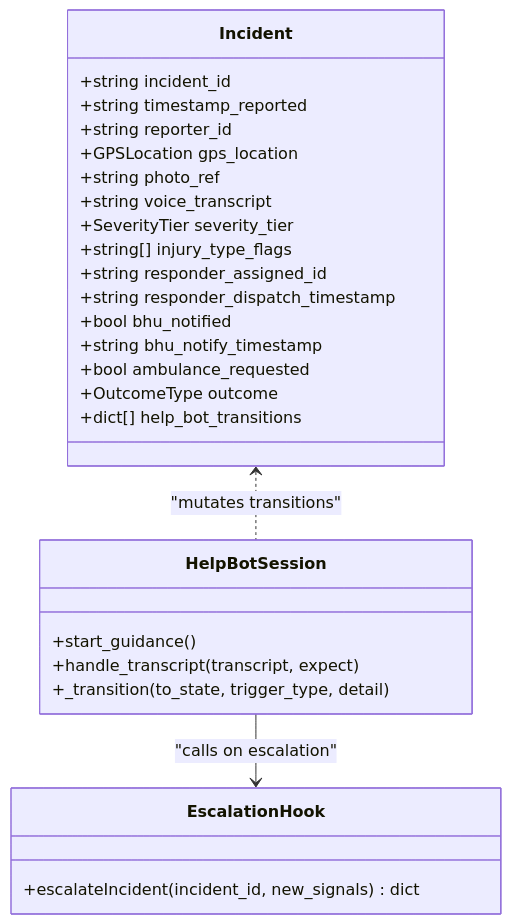
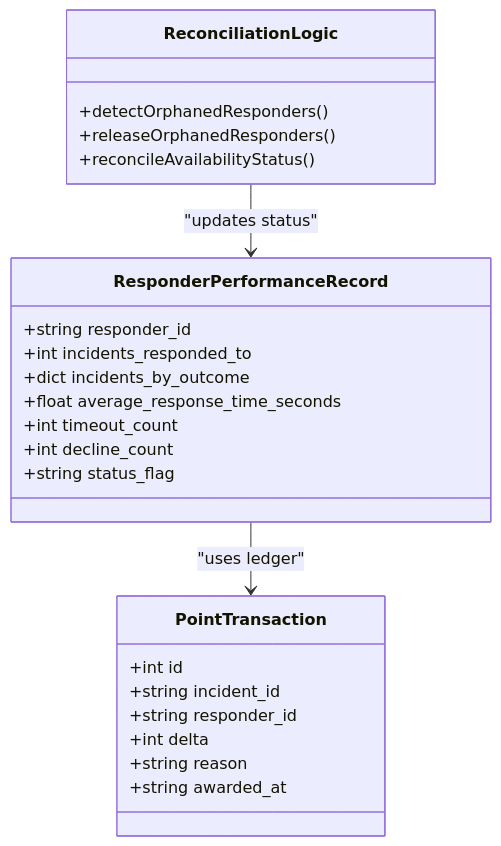
One commit to M-Rumman/LifeLine-Ride changed the sixth of 7 diagrams in .qoder/repowiki/en/content/Incident & Outcome Tracking.md. Above: the diagram before and after it, drawn with Mermaid. The commit also changed other lines of this file and 4121 other files, not shown here.

````diff
--- a/.qoder/repowiki/en/content/Incident & Outcome Tracking.md
+++ b/.qoder/repowiki/en/content/Incident & Outcome Tracking.md
@@ -144,30 +276,27 @@
 ```mermaid
 classDiagram
-class Incident {
+class ResponderPerformanceRecord {
++string responder_id
++int incidents_responded_to
++dict incidents_by_outcome
++float average_response_time_seconds
++int timeout_count
++int decline_count
++string status_flag
+}
+class PointTransaction {
++int id
 +string incident_id
-+string timestamp_reported
-+string reporter_id
-+GPSLocation gps_location
-+string photo_ref
-+string voice_transcript
-+SeverityTier severity_tier
-+string[] injury_type_flags
-+string responder_assigned_id
-+string responder_dispatch_timestamp
-+bool bhu_notified
-+string bhu_notify_timestamp
-+bool ambulance_requested
-+OutcomeType outcome
-+dict[] help_bot_transitions
++string responder_id
++int delta
++string reason
++string awarded_at
 }
-class HelpBotSession {
-+start_guidance()
-+handle_transcript(transcript, expect)
-+_transition(to_state, trigger_type, detail)
+class ReconciliationLogic {
++detectOrphanedResponders()
++releaseOrphanedResponders()
++reconcileAvailabilityStatus()
 }
-class EscalationHook {
-+escalateIncident(incident_id, new_signals) dict
-}
-Incident <.. HelpBotSession : "mutates transitions"
-HelpBotSession --> EscalationHook : "calls on escalation"
+ResponderPerformanceRecord --> PointTransaction : "uses ledger"
+ReconciliationLogic --> ResponderPerformanceRecord : "updates status"
 ```
````
